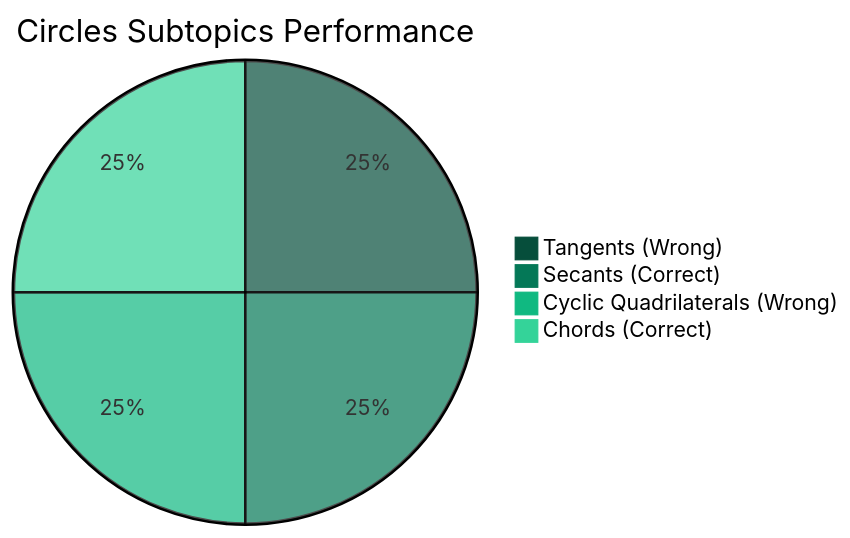
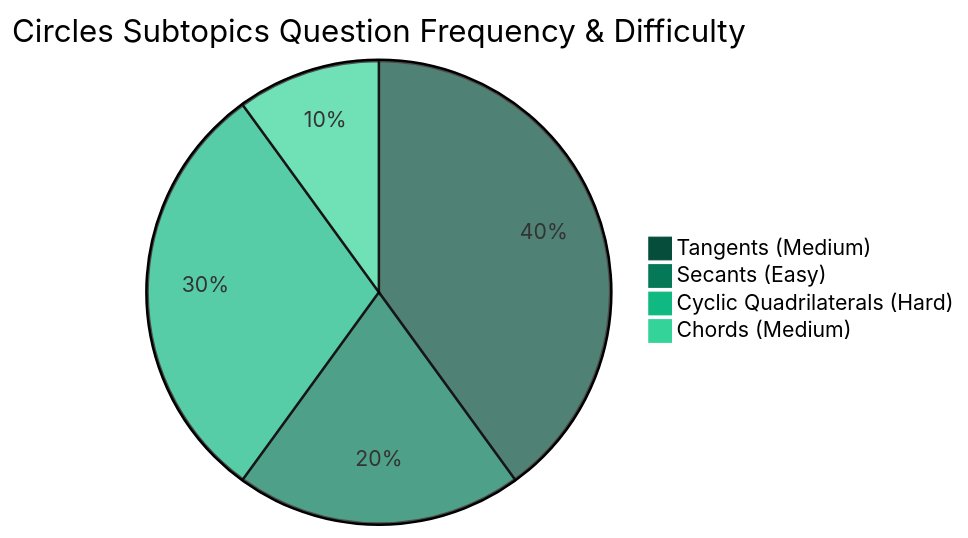
One commit to skc-coder/SAGE changed the fifth of 5 diagrams in .agents/skills/exam-analysis-master/SKILL.md. Above: the diagram before and after it, drawn with Mermaid. The commit also changed other lines of this file and 1 other file, not shown here.

First line of the commit message:
refactor(skill): separate subtopic difficulty rating from question-level outcome status

````diff
--- a/.agents/skills/exam-analysis-master/SKILL.md
+++ b/.agents/skills/exam-analysis-master/SKILL.md
@@ -135,8 +137,8 @@
 ```mermaid
 %%{init: {'themeVariables': { 'pie1': '#064e3b', 'pie2': '#047857', 'pie3': '#10b981', 'pie4': '#34d399'}}}%%
-pie title Circles Subtopics Performance
-    "Tangents (Wrong)" : 1
-    "Secants (Correct)" : 1
-    "Cyclic Quadrilaterals (Wrong)" : 1
-    "Chords (Correct)" : 1
+pie title Circles Subtopics Question Frequency & Difficulty
+    "Tangents (Medium)" : 4
+    "Secants (Easy)" : 2
+    "Cyclic Quadrilaterals (Hard)" : 3
+    "Chords (Medium)" : 1
 ```
````
